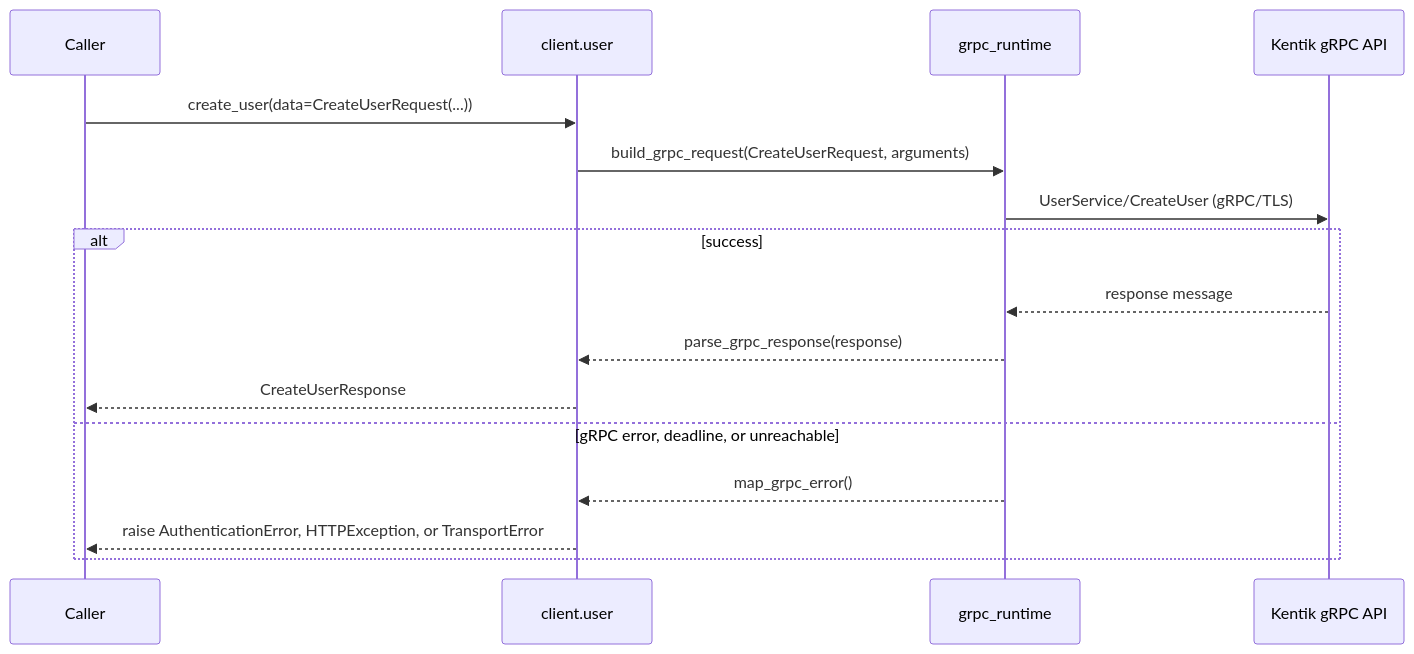
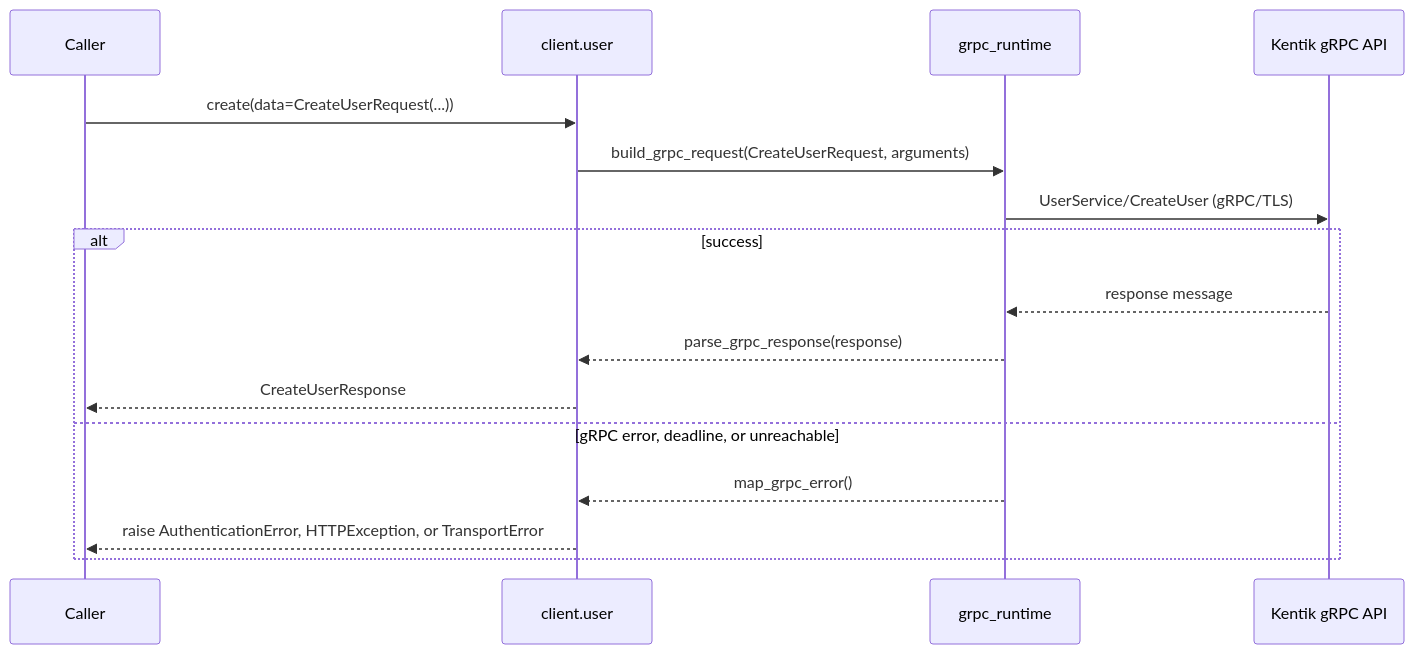
One commit to alexdearaujo/community_sdk_python changed the fifth of 16 diagrams in docs/sphinx/services/user.md. Above: the diagram before and after it, drawn with Mermaid. The commit also changed other lines of this file and 119 other files, not shown here.

````diff
--- a/docs/sphinx/services/user.md
+++ b/docs/sphinx/services/user.md
@@ -127,19 +127,19 @@
 ```mermaid
 sequenceDiagram
     participant C as Caller
     participant W as client.user
     participant R as grpc_runtime
     participant API as Kentik gRPC API
 
-    C->>W: create_user(data=CreateUserRequest(...))
+    C->>W: create(data=CreateUserRequest(...))
     W->>R: build_grpc_request(CreateUserRequest, arguments)
     R->>API: UserService/CreateUser (gRPC/TLS)
     alt success
         API-->>R: response message
         R-->>W: parse_grpc_response(response)
         W-->>C: CreateUserResponse
     else gRPC error, deadline, or unreachable
         R-->>W: map_grpc_error()
         W-->>C: raise AuthenticationError, HTTPException, or TransportError
     end
 ```
````
